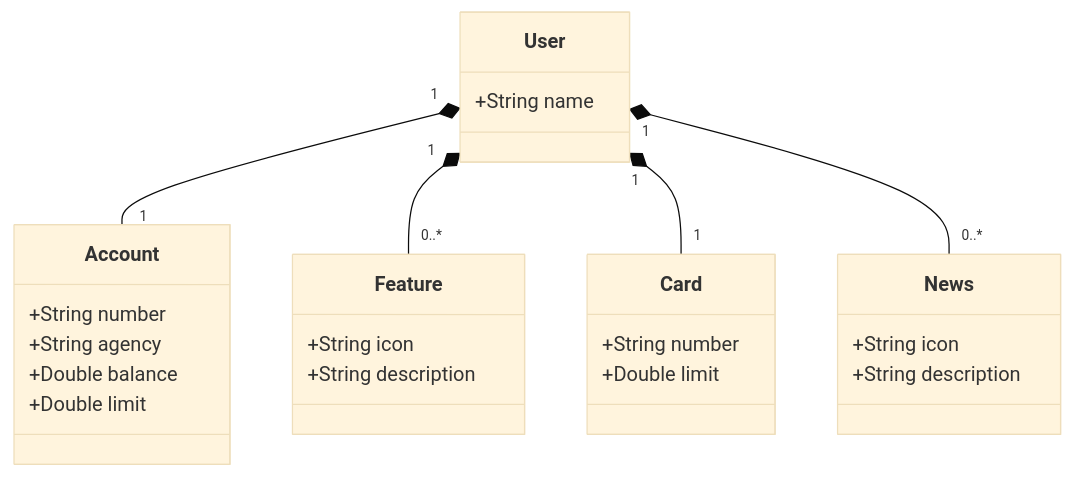
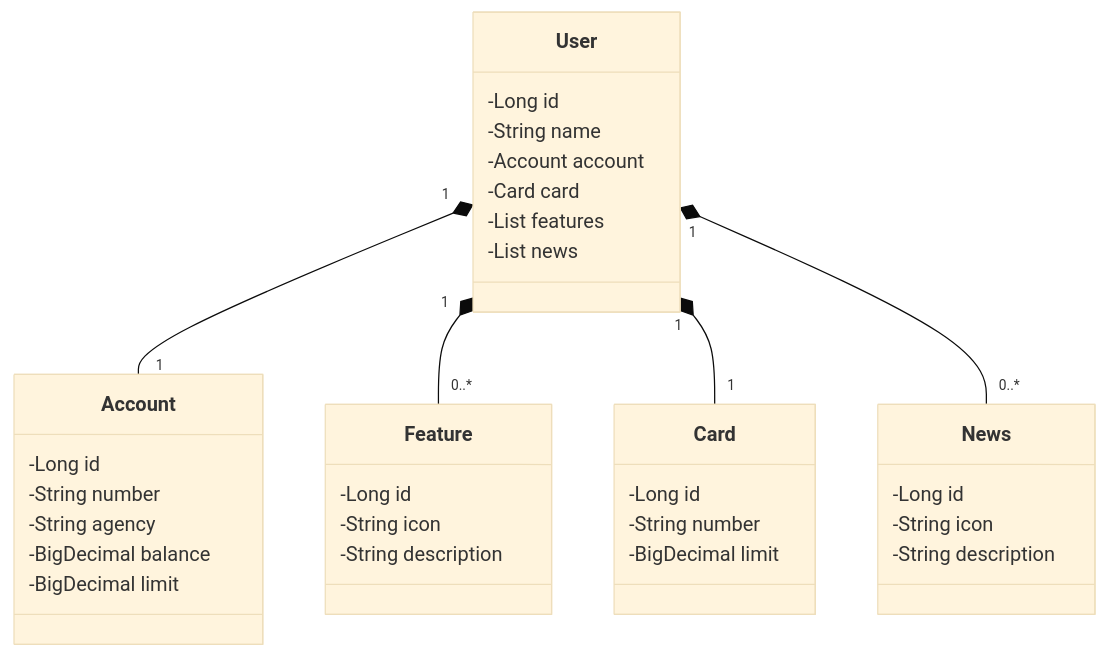
One commit to GuiFerreira11/desafio-dio-api-rest-nuvem changed the diagram in README.md. Above: the diagram before and after it, drawn with Mermaid (base theme). The commit also changed 8 other files, not shown here.

````diff
--- a/README.md
+++ b/README.md
@@ -5,29 +5,38 @@
 ```mermaid
 classDiagram
     class User {
-      +String name
+      -Long id
+      -String name
+      -Account account
+      -Card card
+      -List<Feature> features
+      -List<News> news
     }
     class Account {
-      +String number
-      +String agency
-      +Double balance
-      +Double limit
+      -Long id
+      -String number
+      -String agency
+      -BigDecimal balance
+      -BigDecimal limit
     }
     class Feature {
-      +String icon
-      +String description
+      -Long id
+      -String icon
+      -String description
     }
     class Card {
-      +String number
-      +Double limit
+      -Long id
+      -String number
+      -BigDecimal limit
     }
     class News {
-      +String icon
-      +String description
+      -Long id
+      -String icon
+      -String description
     }
 
     User "1" *-- "1" Account
     User "1" *-- "0..*" Feature 
     User "1" *-- "1" Card
     User "1" *-- "0..*" News
 ```
````
